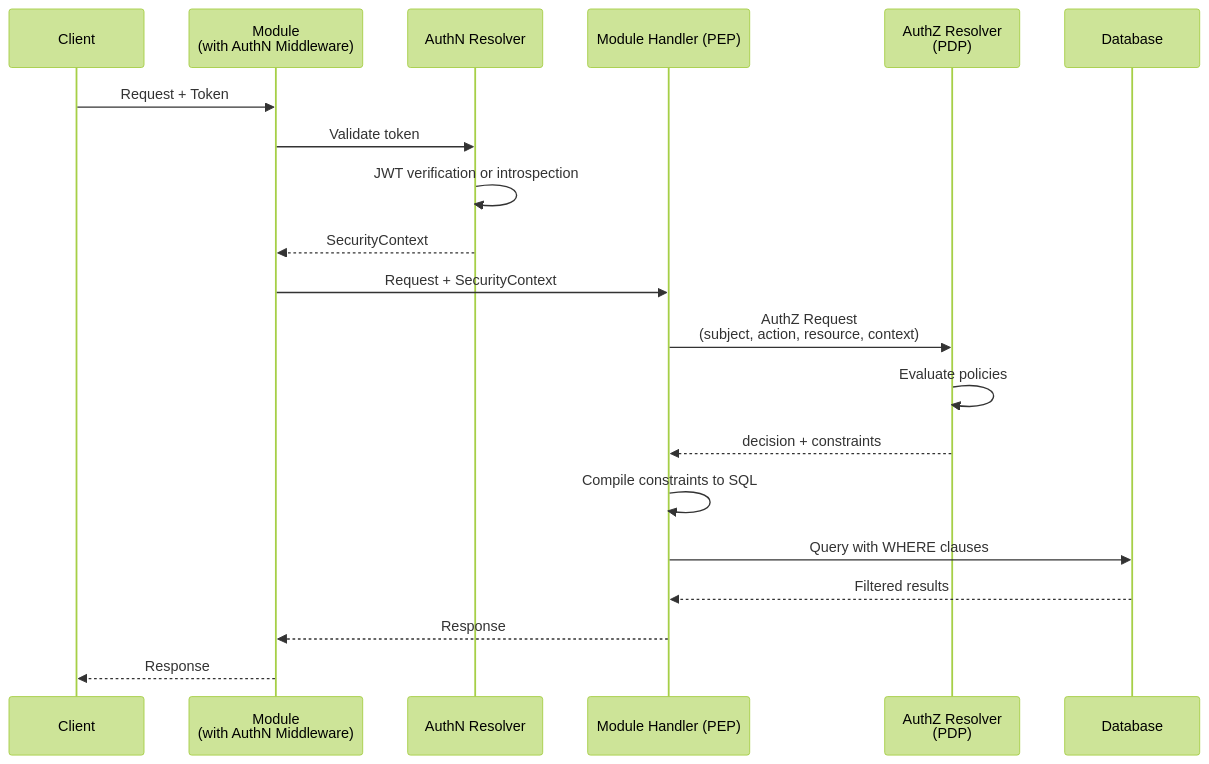
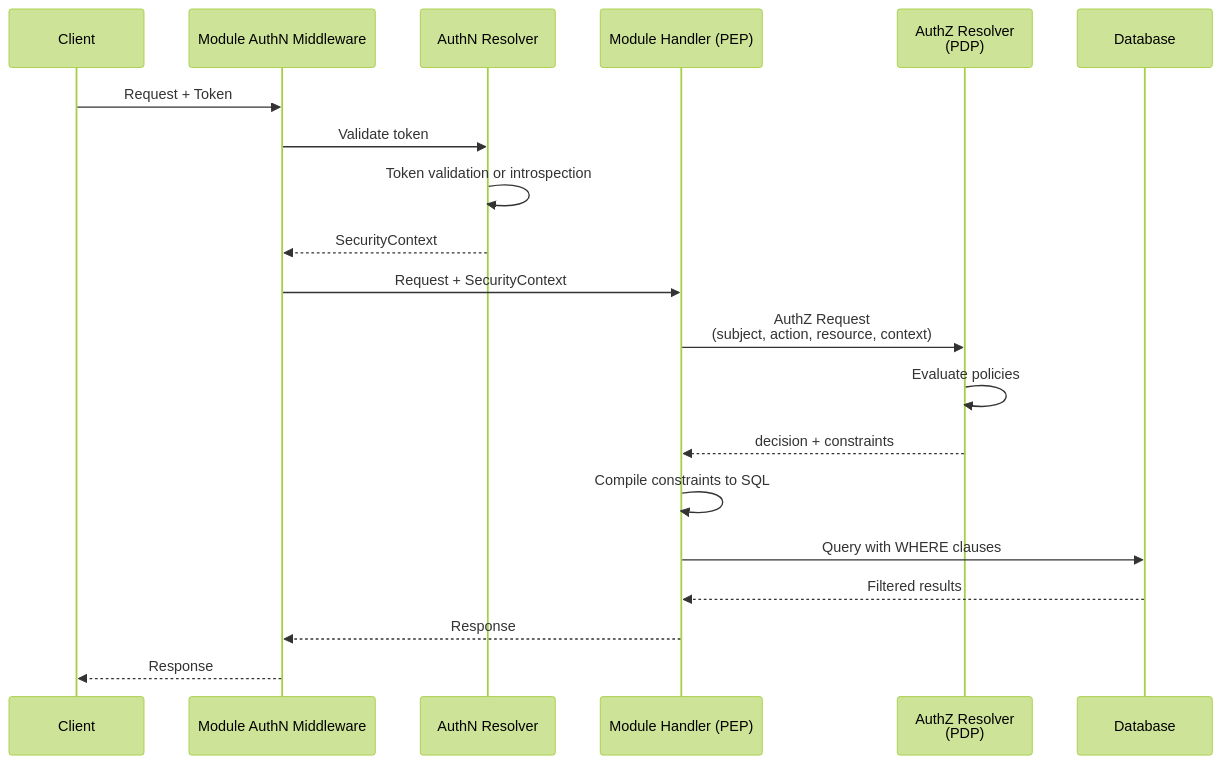
Before and after one commit to aviator5/hyperspot: the first of 4 diagrams in docs/authorization/AUTH.md, drawn with Mermaid (forest theme). The commit also changed other lines of this file and 1 other file, not shown here.

````diff
--- a/docs/authorization/AUTH.md
+++ b/docs/authorization/AUTH.md
@@ -123,23 +117,23 @@
 ```mermaid
 sequenceDiagram
     participant Client
-    participant Module as Module<br/>(with AuthN Middleware)
+    participant Module as Module AuthN Middleware
     participant AuthN as AuthN Resolver
     participant Handler as Module Handler (PEP)
     participant AuthZ as AuthZ Resolver<br/>(PDP)
     participant DB as Database
 
     Client->>Module: Request + Token
     Module->>AuthN: Validate token
-    AuthN->>AuthN: JWT verification or introspection
+    AuthN->>AuthN: Token validation or introspection
     AuthN-->>Module: SecurityContext
     Module->>Handler: Request + SecurityContext
     Handler->>AuthZ: AuthZ Request<br/>(subject, action, resource, context)
     AuthZ->>AuthZ: Evaluate policies
     AuthZ-->>Handler: decision + constraints
     Handler->>Handler: Compile constraints to SQL
     Handler->>DB: Query with WHERE clauses
     DB-->>Handler: Filtered results
     Handler-->>Module: Response
     Module-->>Client: Response
 ```
````
